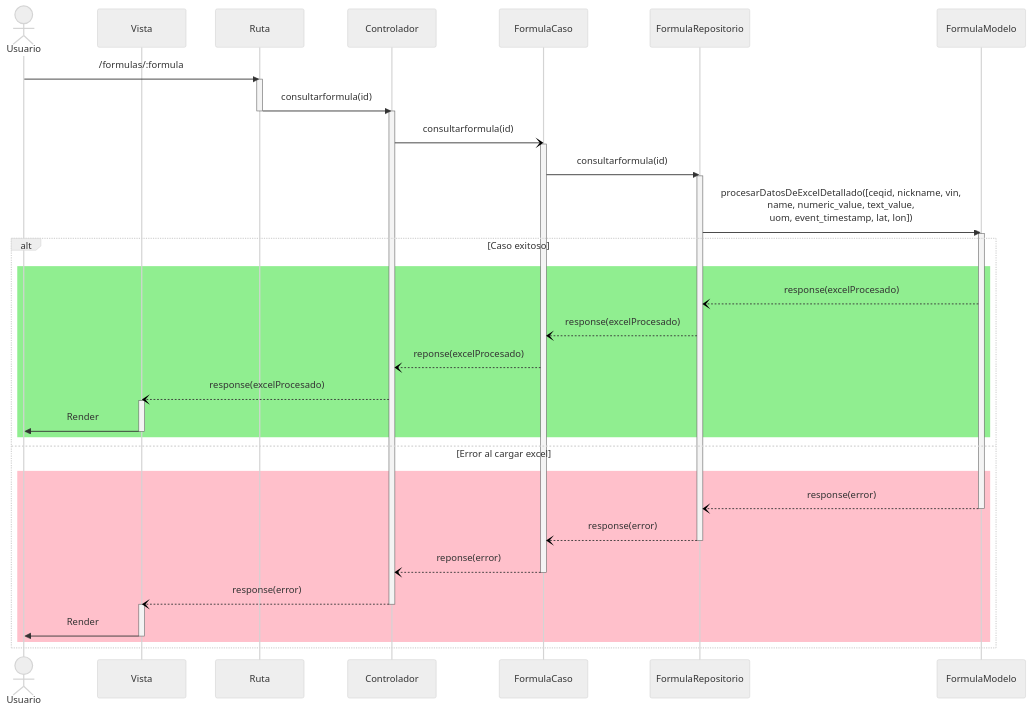
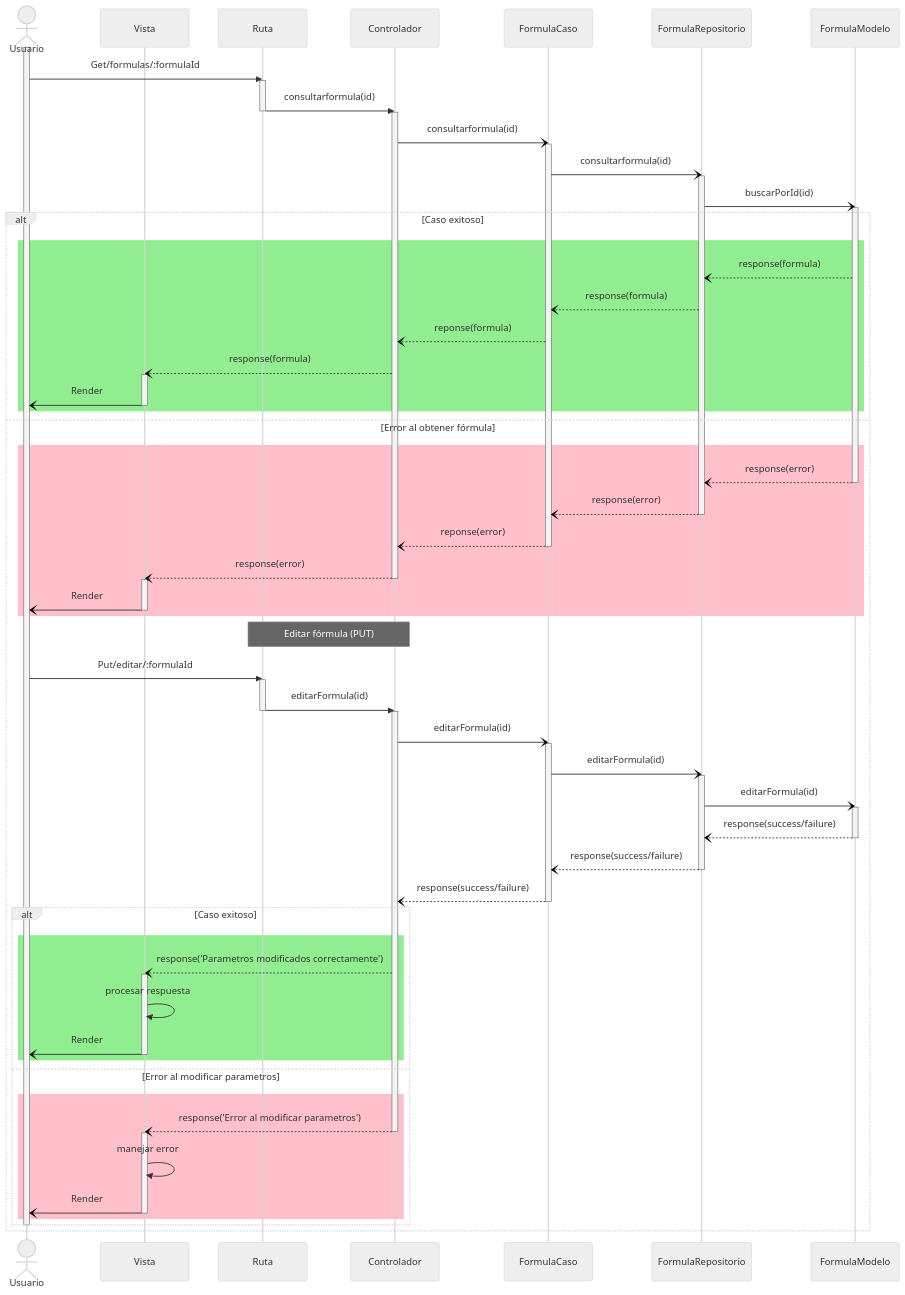
One commit to CodeAnd-Co/Documentacion changed the diagram in documentation/docs/proyectos/tractores/documentacion/requisitos/RF72.md. Above: the diagram before and after it, drawn with Mermaid (neutral theme). The commit also changed other lines of this file, not shown here.

Commit message:
Agregar modificacion en diagrama de secuencia

````diff
--- a/documentation/docs/proyectos/tractores/documentacion/requisitos/RF72.md
+++ b/documentation/docs/proyectos/tractores/documentacion/requisitos/RF72.md
@@ -30,41 +34,84 @@
     participant repository as FormulaRepositorio
     participant model as FormulaModelo
 
-    Usuario->>route: /formulas/:formula
+    activate Usuario
+    Usuario->>route: Get/formulas/:formulaId
     activate route
     route->>controller: consultarformula(id)
     deactivate route
     activate controller
     controller-)usecase: consultarformula(id)
     activate usecase
-    usecase->>repository: consultarformula(id)
+    usecase-)repository: consultarformula(id)
     activate repository
-    repository->>model: procesarDatosDeExcelDetallado([ceqid, nickname, vin,<br> name, numeric_value, text_value,<br> uom, event_timestamp, lat, lon])
+    repository-)model: buscarPorId(id)
     activate model 
     alt Caso exitoso
-    rect Lightgreen
-    model--)repository: response(excelProcesado)
-    repository--)usecase: response(excelProcesado)
-    usecase--)controller: reponse(excelProcesado)
-    controller--)view: response(excelProcesado)
-    activate view
-    view->>Usuario: Render
-    deactivate view
+      rect Lightgreen
+      model--)repository: response(formula)
+      repository--)usecase: response(formula)
+      usecase--)controller: reponse(formula)
+      controller--)view: response(formula)
+      activate view
+      view-)Usuario: Render
+      deactivate view
+      end
+    else Error al obtener fórmula
+      rect Pink
+      model--)repository: response(error)
+      deactivate model
+      repository--)usecase: response(error)
+      deactivate repository
+      usecase--)controller: reponse(error)
+      deactivate usecase
+      controller--)view: response(error)
+      deactivate controller
+      activate view
+      view-)Usuario: Render
+      deactivate view
+      
     end
-    else Error al cargar excel
-    rect Pink
-    model--)repository: response(error)
+
+
+    note over route, controller: Editar fórmula (PUT)
+    Usuario->>route: Put/editar/:formulaId
+    activate route
+    route->>controller: editarFormula(id)
+    deactivate route
+    activate controller
+    controller-)usecase: editarFormula(id)
+    activate usecase
+    usecase-)repository: editarFormula(id)
+    activate repository
+    repository-)model: editarFormula(id)
+    activate model
+    model--)repository: response(success/failure)
     deactivate model
-    repository--)usecase: response(error)
+    repository--)usecase: response(success/failure)
     deactivate repository
-    usecase--)controller: reponse(error)
+    usecase--)controller: response(success/failure)
     deactivate usecase
-    controller--)view: response(error)
-    deactivate controller
-    activate view
-    view->>Usuario: Render
-    deactivate view
+    alt Caso exitoso
+      rect Lightgreen
+      controller--)view: response('Parametros modificados correctamente')
+      activate view
+      view->>view: procesar respuesta
+      view-)Usuario: Render
+      deactivate view
+      end
+    else Error al modificar parametros
+      rect Pink
+      controller--)view: response('Error al modificar parametros')
+      deactivate controller
+      activate view
+      view->>view: manejar error
+      view-)Usuario: Render
+      deactivate view
+      end
+
     end
+    deactivate Usuario
+
+
     end
-    
 ```
````
